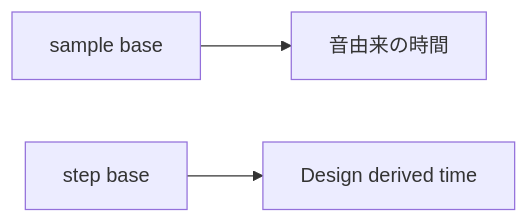
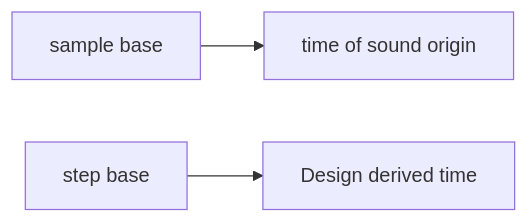
Before and after one commit to monumental-movement/monumental-movement.github.io: the third of 3 diagrams in en/_posts/2026-02-06-column-rhythm-programming.md, drawn with Mermaid. The commit also changed other lines of this file and 334 other files, not shown here.

```diff
--- a/en/_posts/2026-02-06-column-rhythm-programming.md
+++ b/en/_posts/2026-02-06-column-rhythm-programming.md
@@ -279,5 +279,5 @@
 <div class="mermaid">
 flowchart LR
-A[sample base] --> C[音由来の時間]
+A[sample base] --> C[time of sound origin]
 B[step base] --> D[Design derived time]
 </div>
```
